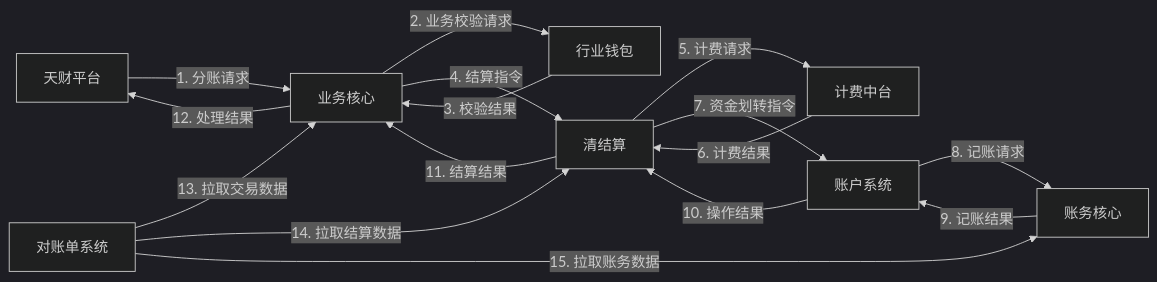
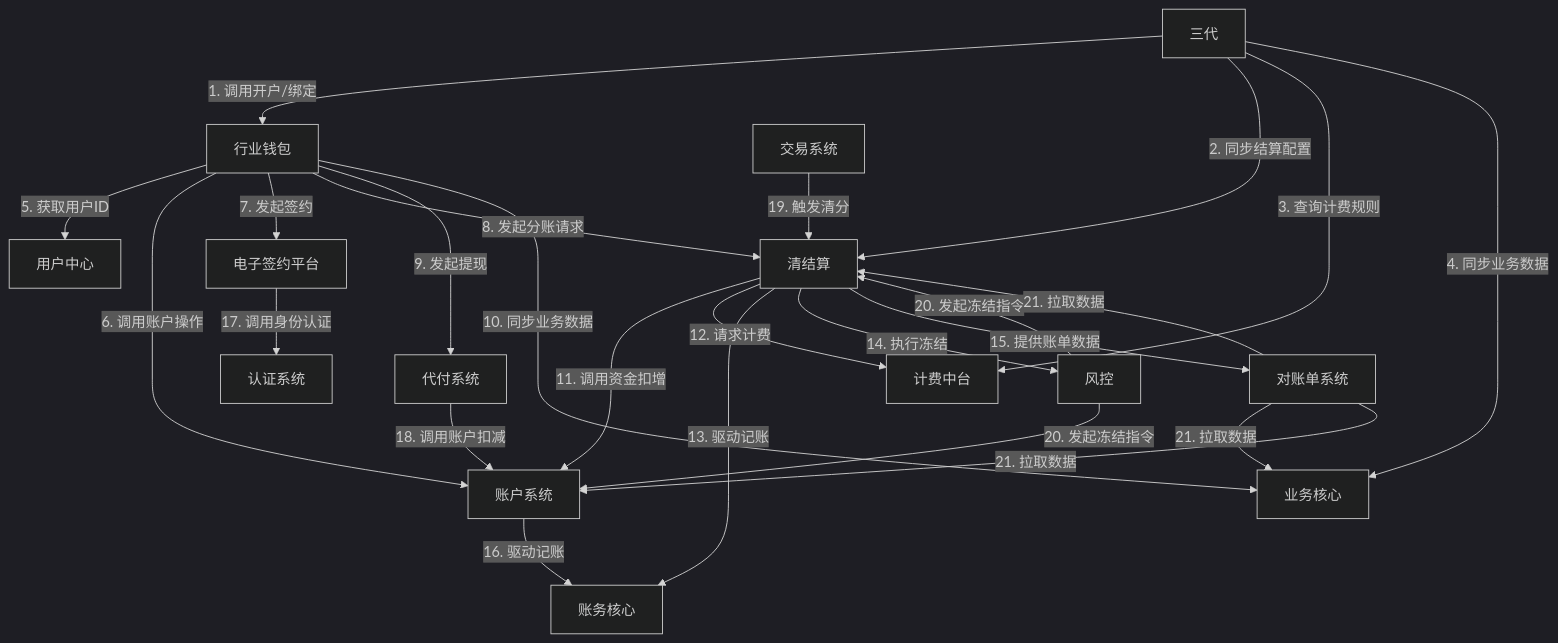
One commit to youzi211/AiCoding changed the fourth of 4 diagrams in data/天财分账需求/gpt-5.2/workspace/01_global/system_design.md. Above: the diagram before and after it, drawn with Mermaid (dark theme). The commit also changed other lines of this file and 41 other files, not shown here.

````diff
--- a/data/天财分账需求/gpt-5.2/workspace/01_global/system_design.md
+++ b/data/天财分账需求/gpt-5.2/workspace/01_global/system_design.md
@@ -126,19 +140,39 @@
 ```mermaid
-flowchart LR
-    A[天财平台] -->|1. 分账请求| B[业务核心]
-    B -->|2. 业务校验请求| C[行业钱包]
-    C -->|3. 校验结果| B
-    B -->|4. 结算指令| D[清结算]
-    D -->|5. 计费请求| E[计费中台]
-    E -->|6. 计费结果| D
-    D -->|7. 资金划转指令| F[账户系统]
-    F -->|8. 记账请求| G[账务核心]
-    G -->|9. 记账结果| F
-    F -->|10. 操作结果| D
-    D -->|11. 结算结果| B
-    B -->|12. 处理结果| A
+flowchart TD
+    A[三代]
+    B[行业钱包]
+    C[清结算]
+    D[账户系统]
+    E[账务核心]
+    F[电子签约平台]
+    G[认证系统]
+    H[计费中台]
+    I[业务核心]
+    J[对账单系统]
+    K[风控]
+    L[用户中心]
+    M[代付系统]
+    N[交易系统]
 
-    H[对账单系统] -->|13. 拉取交易数据| B
-    H -->|14. 拉取结算数据| D
-    H -->|15. 拉取账务数据| G
+    A -->|1. 调用开户/绑定| B
+    A -->|2. 同步结算配置| C
+    A -->|3. 查询计费规则| H
+    A -->|4. 同步业务数据| I
+    B -->|5. 获取用户ID| L
+    B -->|6. 调用账户操作| D
+    B -->|7. 发起签约| F
+    B -->|8. 发起分账请求| C
+    B -->|9. 发起提现| M
+    B -->|10. 同步业务数据| I
+    C -->|11. 调用资金扣增| D
+    C -->|12. 请求计费| H
+    C -->|13. 驱动记账| E
+    C -->|14. 执行冻结| K
+    C -->|15. 提供账单数据| J
+    D -->|16. 驱动记账| E
+    F -->|17. 调用身份认证| G
+    M -->|18. 调用账户扣减| D
+    N -->|19. 触发清分| C
+    K -->|20. 发起冻结指令| C & D
+    J -->|21. 拉取数据| I & C & D
 ```
````
